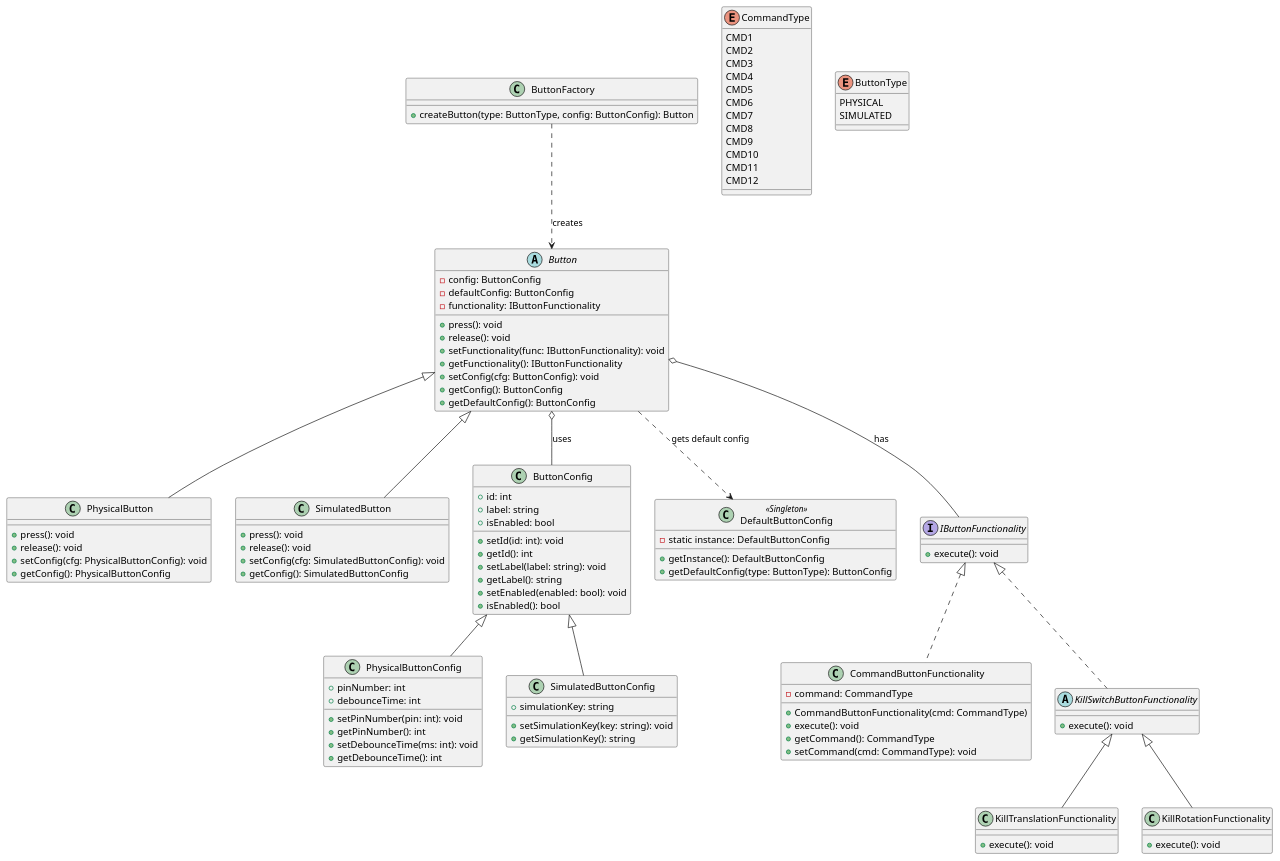
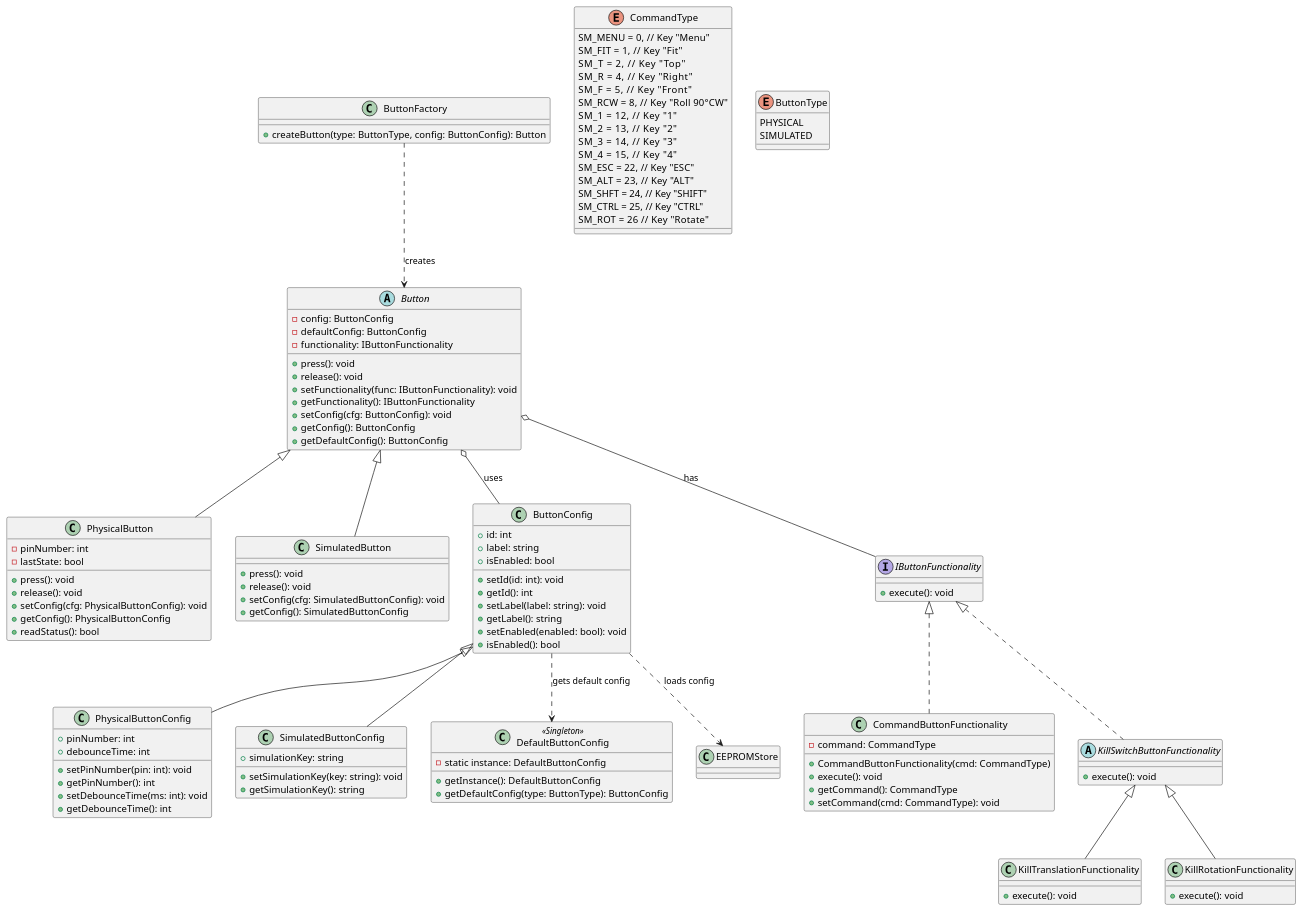
One commit to JarnoBoks/spacemouse changed the diagram in class diagram/gpt_button.puml. Above: the diagram before and after it, drawn with PlantUML. The commit also changed 75 other files, not shown here.

```diff
--- a/class diagram/gpt_button.puml
+++ b/class diagram/gpt_button.puml
@@ -1,134 +1,133 @@
 @startuml gpt_button
 
-' Abstract base class for Button
 abstract class Button {
     - config: ButtonConfig
     - defaultConfig: ButtonConfig
     - functionality: IButtonFunctionality
     + press(): void
     + release(): void
     + setFunctionality(func: IButtonFunctionality): void
     + getFunctionality(): IButtonFunctionality
     + setConfig(cfg: ButtonConfig): void
     + getConfig(): ButtonConfig
     + getDefaultConfig(): ButtonConfig
 }
 
 class PhysicalButton {
+    - pinNumber: int
+    - lastState: bool
     + press(): void
     + release(): void
     + setConfig(cfg: PhysicalButtonConfig): void
     + getConfig(): PhysicalButtonConfig
+    + readStatus(): bool
 }
+
 class SimulatedButton {
     + press(): void
     + release(): void
     + setConfig(cfg: SimulatedButtonConfig): void
     + getConfig(): SimulatedButtonConfig
 }
 
 Button <|-- PhysicalButton
 Button <|-- SimulatedButton
 
-' Configuration classes
 class ButtonConfig {
     + id: int
     + label: string
     + isEnabled: bool
     + setId(id: int): void
     + getId(): int
     + setLabel(label: string): void
     + getLabel(): string
     + setEnabled(enabled: bool): void
     + isEnabled(): bool
 }
 
 class PhysicalButtonConfig {
     + pinNumber: int
     + debounceTime: int
     + setPinNumber(pin: int): void
     + getPinNumber(): int
     + setDebounceTime(ms: int): void
     + getDebounceTime(): int
 }
 class SimulatedButtonConfig {
     + simulationKey: string
     + setSimulationKey(key: string): void
     + getSimulationKey(): string
 }
 
 ButtonConfig <|-- PhysicalButtonConfig
 ButtonConfig <|-- SimulatedButtonConfig
 
-' Singleton for default configuration
 class DefaultButtonConfig <<Singleton>> {
     - static instance: DefaultButtonConfig
     + getInstance(): DefaultButtonConfig
     + getDefaultConfig(type: ButtonType): ButtonConfig
 }
 
-' Strategy pattern for button functionality
 interface IButtonFunctionality {
     + execute(): void
 }
 
-' CommandButton functionality
 class CommandButtonFunctionality {
     - command: CommandType
     + CommandButtonFunctionality(cmd: CommandType)
     + execute(): void
     + getCommand(): CommandType
     + setCommand(cmd: CommandType): void
 }
 
-' KillSwitchButton functionality (abstract)
 abstract class KillSwitchButtonFunctionality {
     + execute(): void
 }
 
-' Two types of kill switch buttons
 class KillTranslationFunctionality {
     + execute(): void
 }
 class KillRotationFunctionality {
     + execute(): void
 }
 
 IButtonFunctionality <|.. CommandButtonFunctionality
 IButtonFunctionality <|.. KillSwitchButtonFunctionality
 KillSwitchButtonFunctionality <|-- KillTranslationFunctionality
 KillSwitchButtonFunctionality <|-- KillRotationFunctionality
 
-' Enum for command types
 enum CommandType {
-    CMD1
-    CMD2
-    CMD3
-    CMD4
-    CMD5
-    CMD6
-    CMD7
-    CMD8
-    CMD9
-    CMD10
-    CMD11
-    CMD12
+    SM_MENU = 0,  // Key "Menu"
+    SM_FIT = 1,   // Key "Fit"
+    SM_T = 2,     // Key "Top"
+    SM_R = 4,     // Key "Right"
+    SM_F = 5,     // Key "Front"
+    SM_RCW = 8,   // Key "Roll 90°CW"
+    SM_1 = 12,    // Key "1"
+    SM_2 = 13,    // Key "2"
+    SM_3 = 14,    // Key "3"
+    SM_4 = 15,    // Key "4"
+    SM_ESC = 22,  // Key "ESC"
+    SM_ALT = 23,  // Key "ALT"
+    SM_SHFT = 24, // Key "SHIFT"
+    SM_CTRL = 25, // Key "CTRL"
+    SM_ROT = 26   // Key "Rotate"
 }
 
-' Factory for button creation
 class ButtonFactory {
     + createButton(type: ButtonType, config: ButtonConfig): Button
 }
 
 enum ButtonType {
     PHYSICAL
     SIMULATED
 }
 
-' Relationships
+class EEPROMStore {}
 Button o-- ButtonConfig : uses
 Button o-- IButtonFunctionality : has
-Button ..> DefaultButtonConfig : gets default config
+ButtonConfig ..> DefaultButtonConfig : gets default config
 ButtonFactory ..> Button : creates
+ButtonConfig ..> EEPROMStore : loads config
 
 @enduml
```
